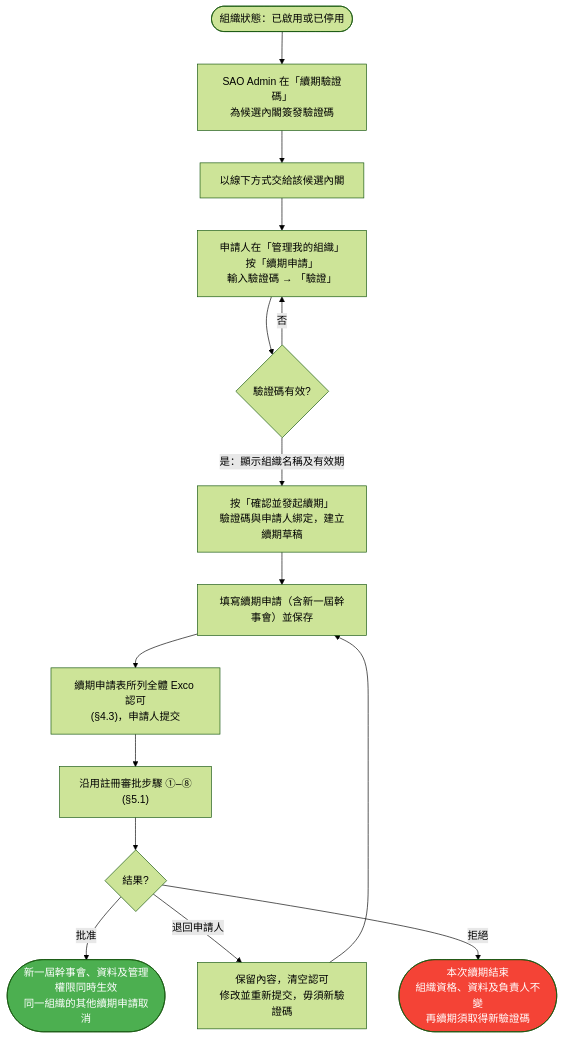
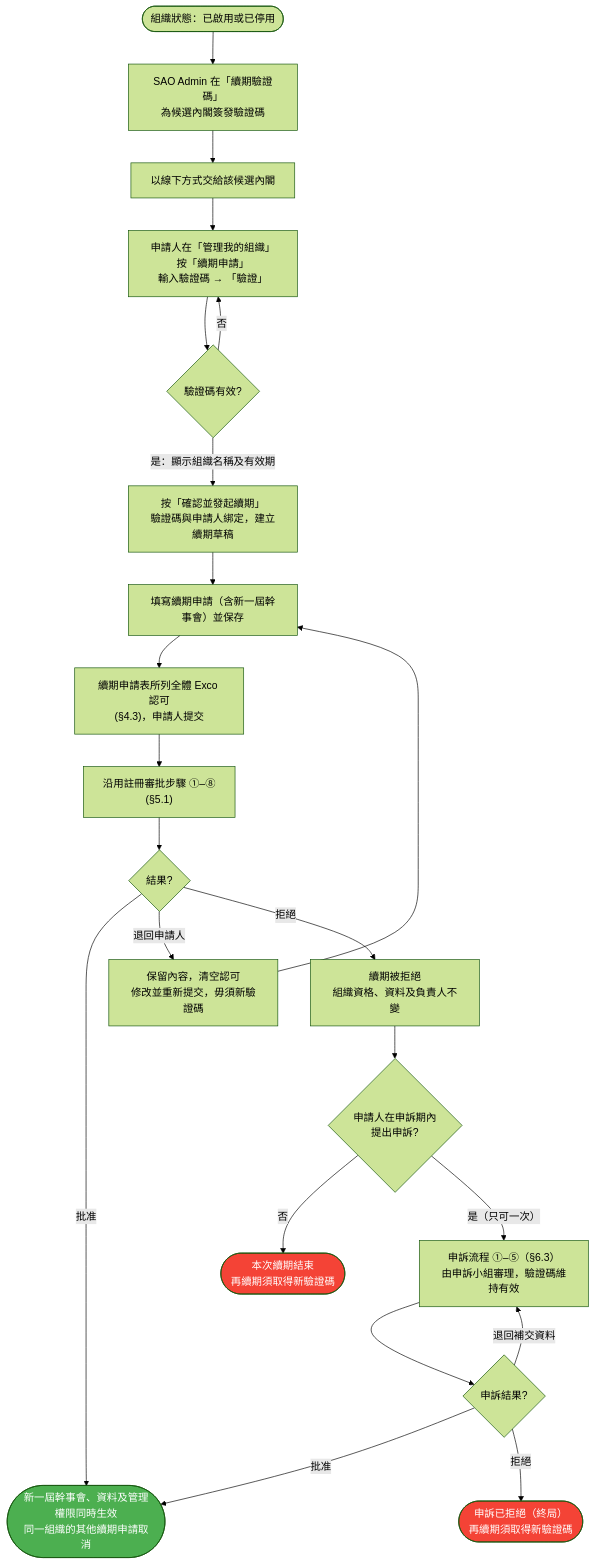
The sixth of 6 diagrams in docs/student-org-workflow-flowcharts.md (OneStar-Projects/SLAS-Docs), drawn with Mermaid (forest theme) before and after one commit. The commit also changed other lines of this file and 1 other file, not shown here.

First line of the commit message:
docs(stugroup): sync SO flows with the system as of 2026-10-22

````diff
--- a/docs/student-org-workflow-flowcharts.md
+++ b/docs/student-org-workflow-flowcharts.md
@@ -605,21 +648,29 @@
 ```mermaid
 flowchart TD
     Active(["組織狀態：已啟用或已停用"])
     Active --> Issue["SAO Admin 在「續期驗證碼」<br/>為候選內閣簽發驗證碼"]
     Issue --> Offline["以線下方式交給該候選內閣"]
     Offline --> Enter["申請人在「管理我的組織」按「續期申請」<br/>輸入驗證碼 → 「驗證」"]
     Enter --> Valid{驗證碼有效?}
     Valid -->|"否"| Enter
     Valid -->|"是：顯示組織名稱及有效期"| Confirm["按「確認並發起續期」<br/>驗證碼與申請人綁定，建立續期草稿"]
     Confirm --> Fill["填寫續期申請（含新一屆幹事會）並保存"]
     Fill --> Endorse["續期申請表所列全體 Exco 認可<br/>(§4.3)，申請人提交"]
     Endorse --> Review["沿用註冊審批步驟 ①–⑧<br/>(§5.1)"]
     Review --> Decision{結果?}
     Decision -->|"批准"| Approved(["新一屆幹事會、資料及管理權限同時生效<br/>同一組織的其他續期申請取消"])
     Decision -->|"退回申請人"| Returned["保留內容，清空認可<br/>修改並重新提交，毋須新驗證碼"]
     Returned --> Fill
-    Decision -->|"拒絕"| Rejected(["本次續期結束<br/>組織資格、資料及負責人不變<br/>再續期須取得新驗證碼"])
+    Decision -->|"拒絕"| Rejected["續期被拒絕<br/>組織資格、資料及負責人不變"]
+    Rejected --> AppealGate{申請人在申訴期內<br/>提出申訴?}
+    AppealGate -->|"否"| Closed(["本次續期結束<br/>再續期須取得新驗證碼"])
+    AppealGate -->|"是（只可一次）"| AppealFlow["申訴流程 ①–⑤（§6.3）<br/>由申訴小組審理，驗證碼維持有效"]
+    AppealFlow --> AppealResult{申訴結果?}
+    AppealResult -->|"退回補交資料"| AppealFlow
+    AppealResult -->|"批准"| Approved
+    AppealResult -->|"拒絕"| AppealRejected(["申訴已拒絕（終局）<br/>再續期須取得新驗證碼"])
 
     style Approved fill:#4CAF50,color:#fff
-    style Rejected fill:#f44336,color:#fff
+    style Closed fill:#f44336,color:#fff
+    style AppealRejected fill:#f44336,color:#fff
 ```
````
